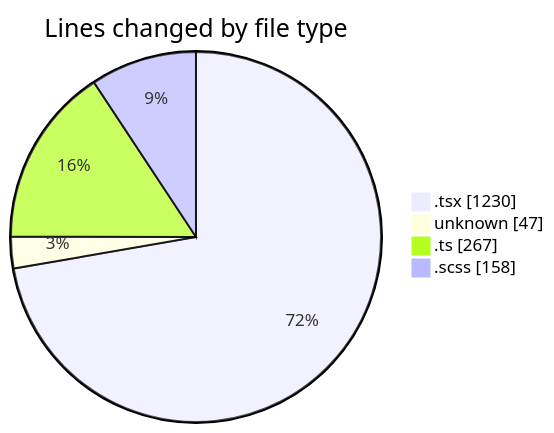
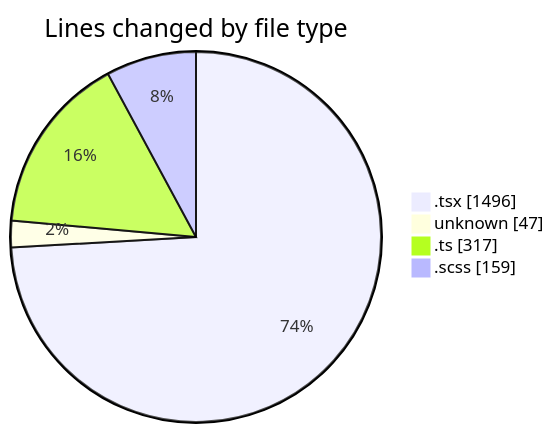
The first of 2 diagrams in 2025-09-18/cda/README.md (momahboobian/code-tracking), drawn with Mermaid before and after one commit. The commit also changed other lines of this file and 1 other file, not shown here.

````diff
--- a/2025-09-18/cda/README.md
+++ b/2025-09-18/cda/README.md
@@ -25,8 +25,8 @@
 ```mermaid
 pie showData
 title Lines changed by file type
-".tsx" : 1230
+".tsx" : 1496
 "unknown" : 47
-".ts" : 267
-".scss" : 158
+".ts" : 317
+".scss" : 159
 ```
````
